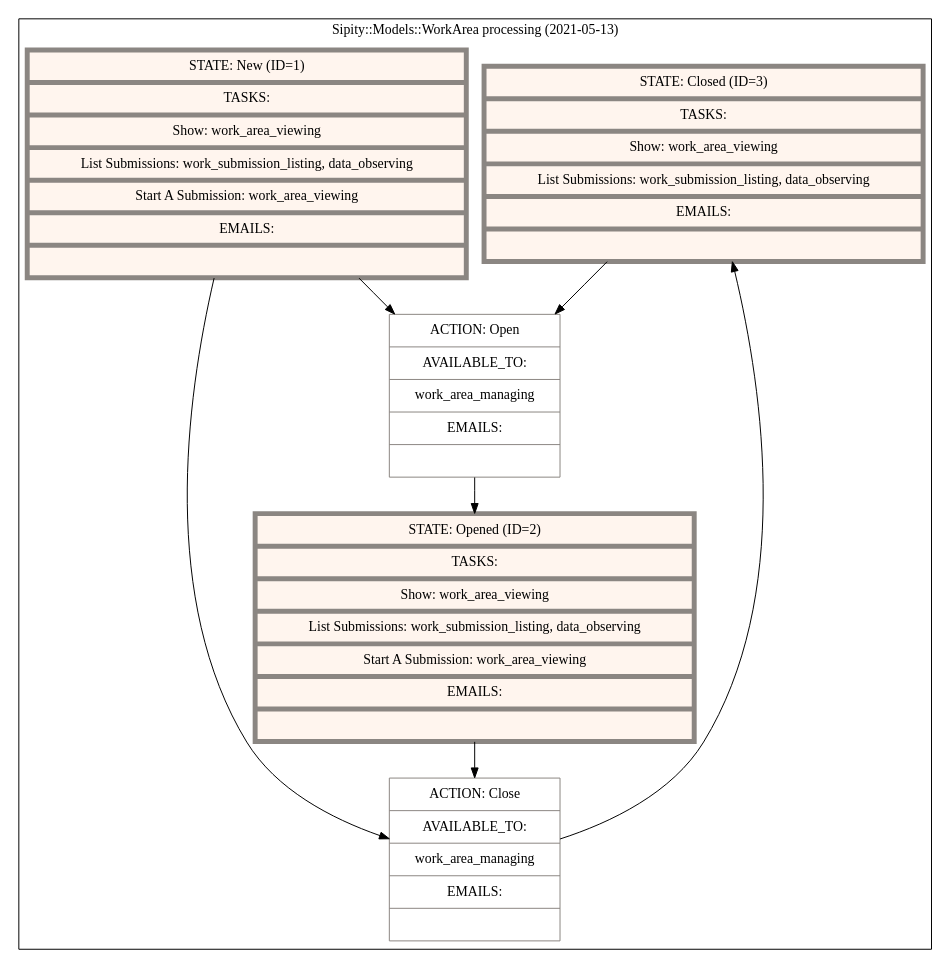
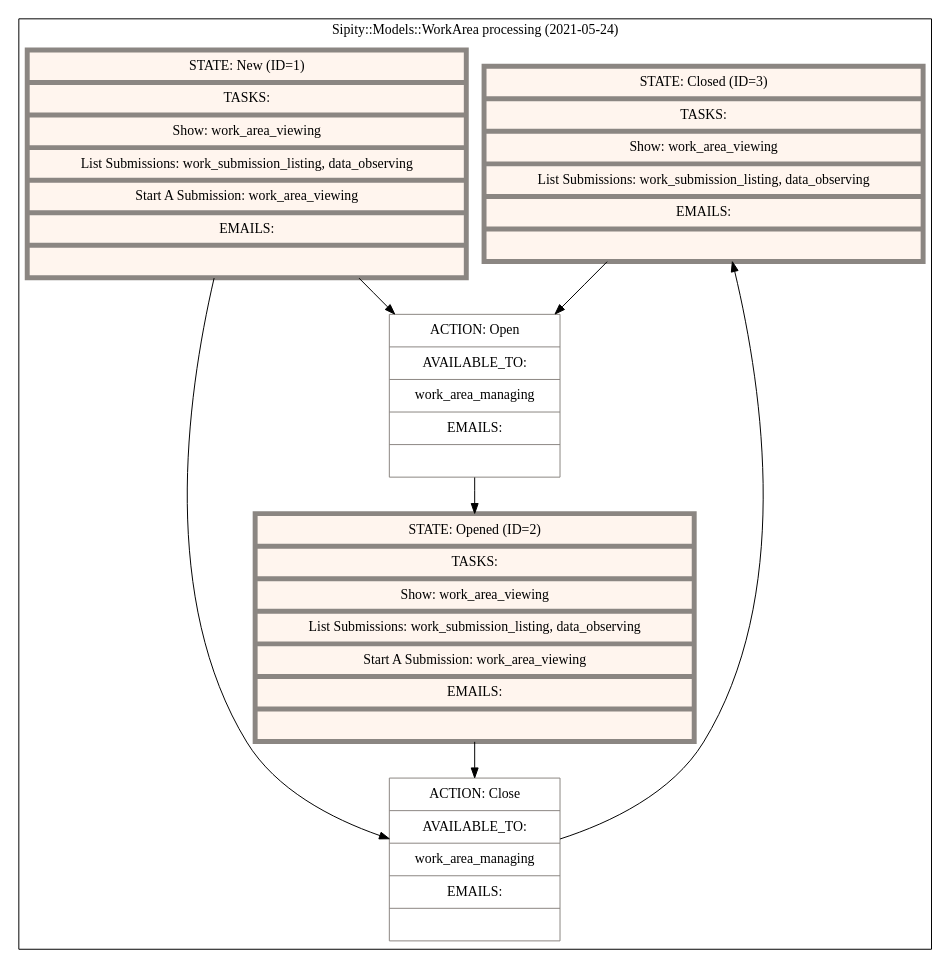
One commit to ndlib/sipity changed the diagram in artifacts/state_machines/sipity_models_work_area_processing.dot. Above: the diagram before and after it, drawn with Graphviz. The commit also changed 11 other files, not shown here.

```diff
--- a/artifacts/state_machines/sipity_models_work_area_processing.dot
+++ b/artifacts/state_machines/sipity_models_work_area_processing.dot
@@ -1,27 +1,27 @@
 digraph "G" {
   compound=true;
   node[color="grey15" margin="0.15, 0.125"];
   subgraph cluster_0 {
-    label="Sipity::Models::WorkArea processing (2021-05-13)"
+    label="Sipity::Models::WorkArea processing (2021-05-24)"
     node[style=filled fillcolor=white color="seashell4"]
     subgraph 0 {
       label="States";
       node[shape="record" fillcolor="seashell1" penwidth=5]
       state_closed [label="{ STATE: Closed (ID=3)| TASKS: | Show: work_area_viewing | List Submissions: work_submission_listing, data_observing | EMAILS: |  }"]
       state_new [label="{ STATE: New (ID=1)| TASKS: | Show: work_area_viewing | List Submissions: work_submission_listing, data_observing | Start A Submission: work_area_viewing | EMAILS: |  }"]
       state_opened [label="{ STATE: Opened (ID=2)| TASKS: | Show: work_area_viewing | List Submissions: work_submission_listing, data_observing | Start A Submission: work_area_viewing | EMAILS: |  }"]
     }
     subgraph 1 {
       label="Actions"
       node[shape="record" shape=record penwidth=1]
         action_open [label="{ ACTION: Open | AVAILABLE_TO: | work_area_managing | EMAILS: |  }"]
         action_close [label="{ ACTION: Close | AVAILABLE_TO: | work_area_managing | EMAILS: |  }"]
     }
       state_closed -> action_open
       action_open -> state_opened
       state_new -> action_open
       state_new -> action_close
       action_close -> state_closed
       state_opened -> action_close
   }
 }
```
